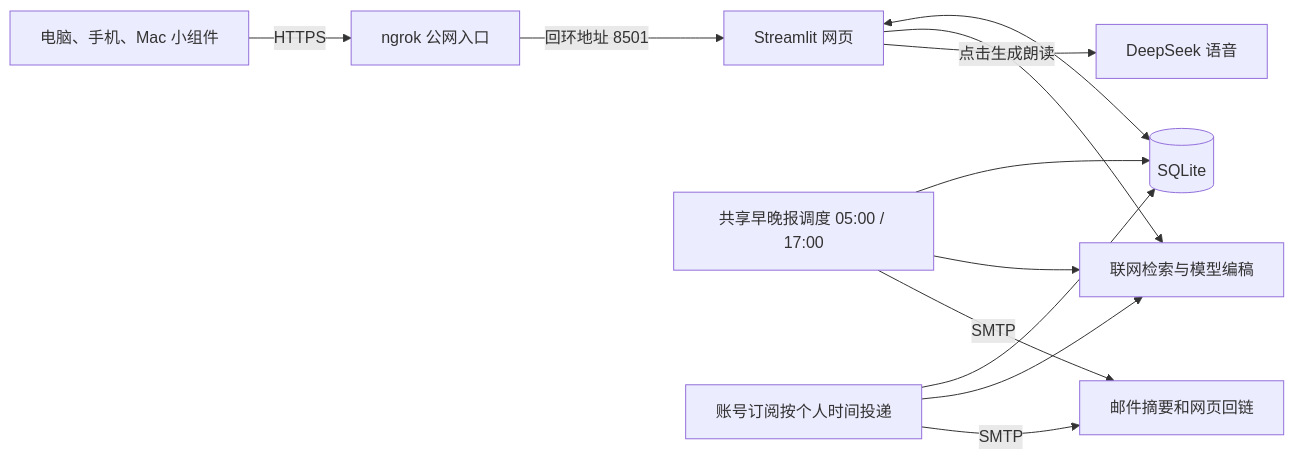
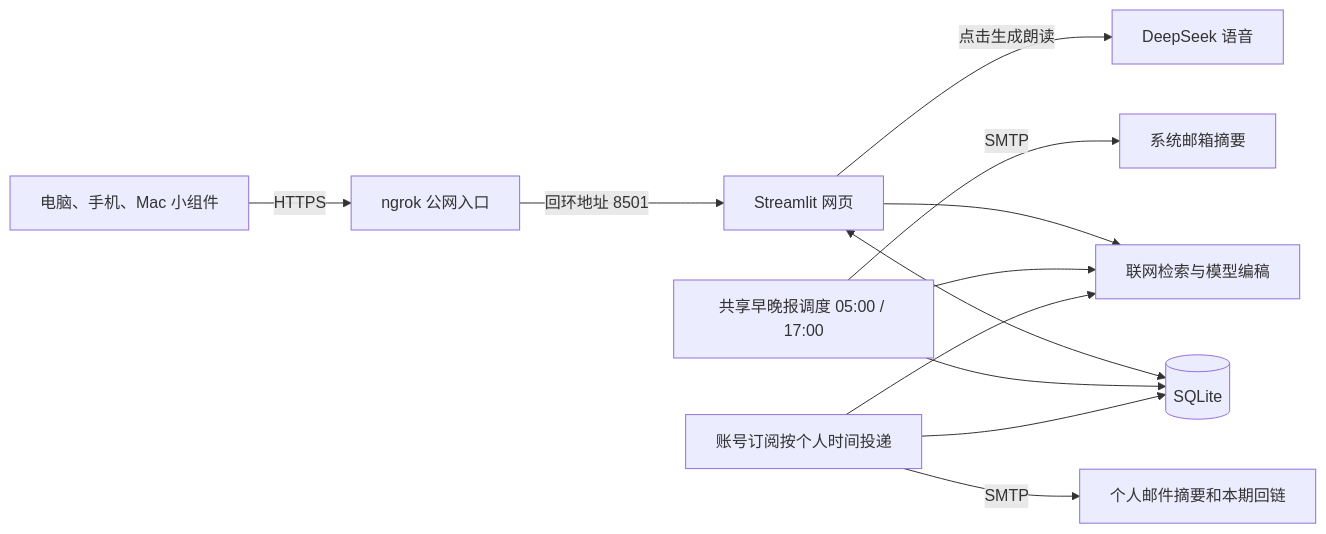
Before and after one commit to luminoso909/commute-digest: the diagram in docs/README.md, drawn with Mermaid. The commit also changed other lines of this file and 20 other files, not shown here.

````diff
--- a/docs/README.md
+++ b/docs/README.md
@@ -9,11 +9,12 @@
 ```mermaid
 flowchart LR
     R[电脑、手机、Mac 小组件] -->|HTTPS| N[ngrok 公网入口]
     N -->|回环地址 8501| W[Streamlit 网页]
     W <--> D[(SQLite)]
     S[共享早晚报调度 05:00 / 17:00] --> D
     P[账号订阅按个人时间投递] --> D
     W & S & P --> M[联网检索与模型编稿]
     W -->|点击生成朗读| T[DeepSeek 语音]
-    S & P -->|SMTP| E[邮件摘要和网页回链]
+    S -->|SMTP| E[系统邮箱摘要]
+    P -->|SMTP| U[个人邮件摘要和本期回链]
 ```
````
